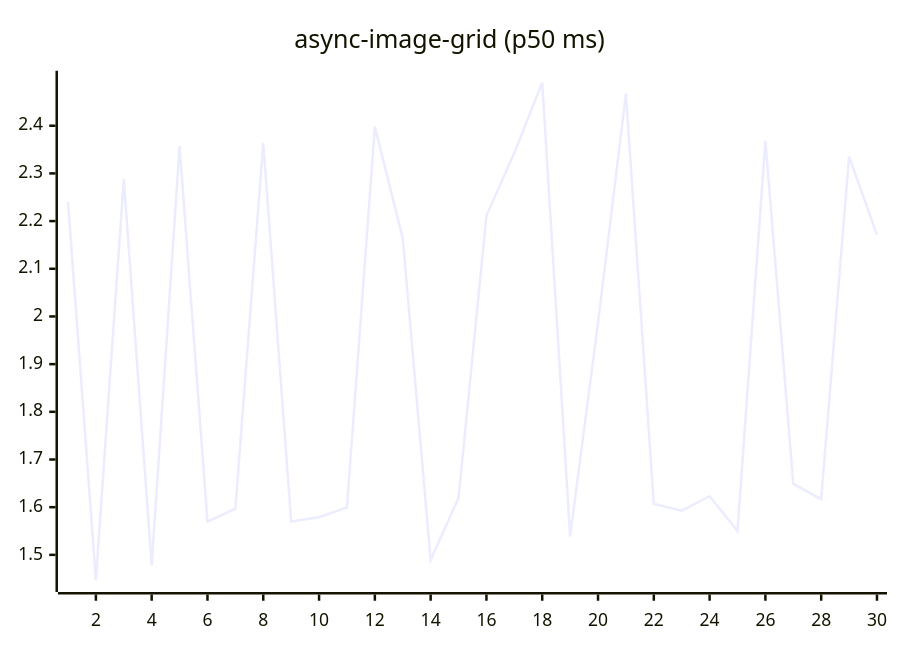
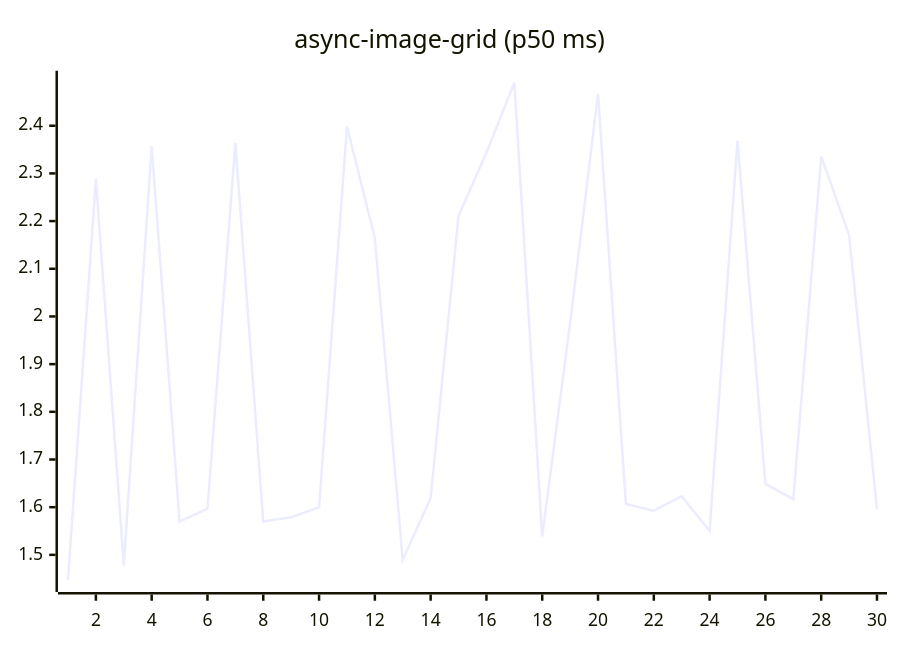
Before and after one commit to josha/Facet: the fifth of 27 diagrams in README.md, drawn with Mermaid. The commit also changed other lines of this file and 2 other files, not shown here.

````diff
--- a/README.md
+++ b/README.md
@@ -91,6 +91,6 @@
 ```mermaid
 xychart-beta
     title "async-image-grid (p50 ms)"
     x-axis 1 --> 30
-    line [2.2404, 1.4470, 2.2880, 1.4779, 2.3575, 1.5699, 1.5969, 2.3640, 1.5700, 1.5790, 1.5994, 2.3982, 2.1641, 1.4893, 1.6193, 2.2110, 2.3435, 2.4904, 1.5386, 1.9864, 2.4670, 1.6066, 1.5928, 1.6229, 1.5501, 2.3685, 1.6487, 1.6169, 2.3355, 2.1710]
+    line [1.4470, 2.2880, 1.4779, 2.3575, 1.5699, 1.5969, 2.3640, 1.5700, 1.5790, 1.5994, 2.3982, 2.1641, 1.4893, 1.6193, 2.2110, 2.3435, 2.4904, 1.5386, 1.9864, 2.4670, 1.6066, 1.5928, 1.6229, 1.5501, 2.3685, 1.6487, 1.6169, 2.3355, 2.1710, 1.5954]
 ```
````
